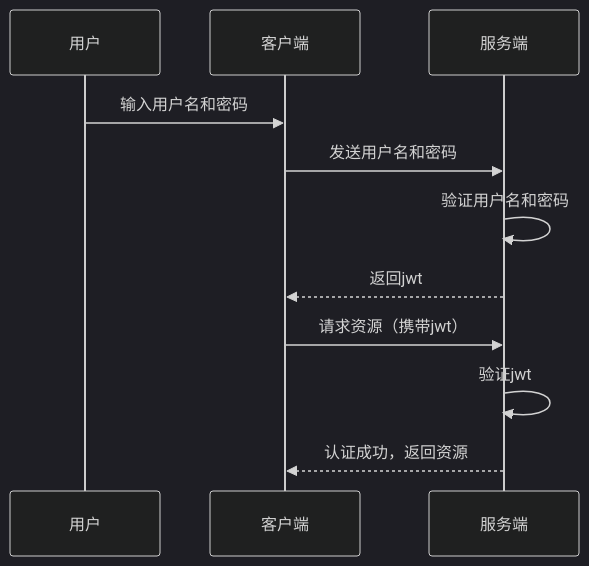
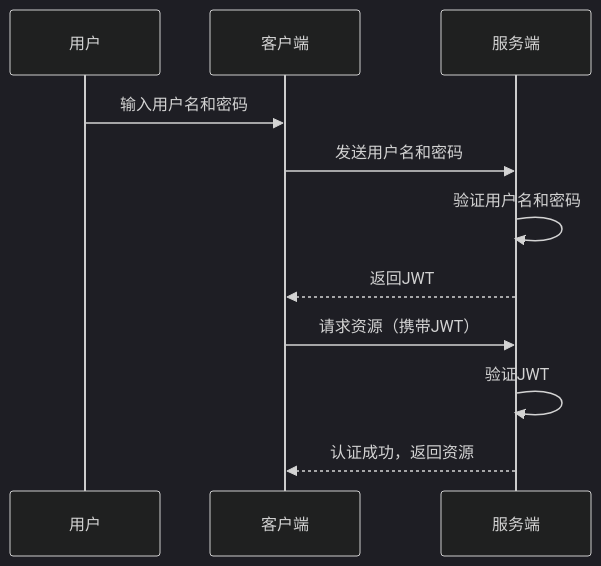
Before and after one commit to xunbu/notes: the third of 8 diagrams in 互联网认证授权机制/互联网认证授权机制.md, drawn with Mermaid (dark theme). The commit also changed other lines of this file, not shown here.

````diff
--- a/互联网认证授权机制/互联网认证授权机制.md
+++ b/互联网认证授权机制/互联网认证授权机制.md
@@ -48,14 +75,14 @@
 ```mermaid
 sequenceDiagram
 participant 用户
 participant 客户端
 participant 服务端
 
 用户->>客户端: 输入用户名和密码
 客户端->>服务端: 发送用户名和密码
 服务端->>服务端: 验证用户名和密码
-服务端-->>客户端: 返回jwt
-客户端->>服务端: 请求资源（携带jwt）
-服务端->>服务端: 验证jwt
+服务端-->>客户端: 返回JWT
+客户端->>服务端: 请求资源（携带JWT）
+服务端->>服务端: 验证JWT
 服务端-->>客户端: 认证成功，返回资源
 ```
````
